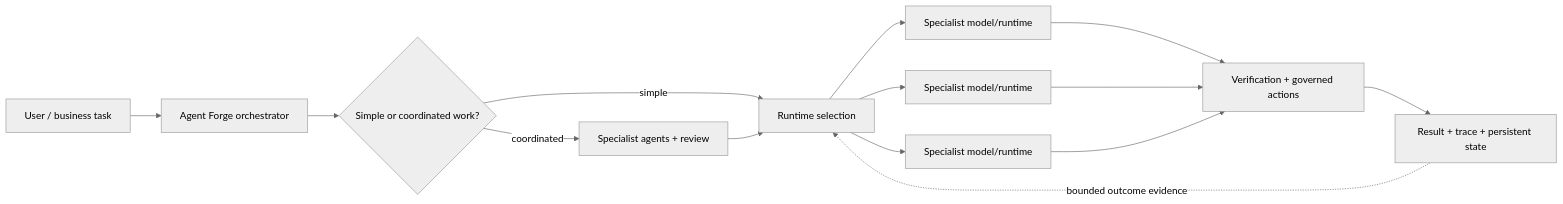
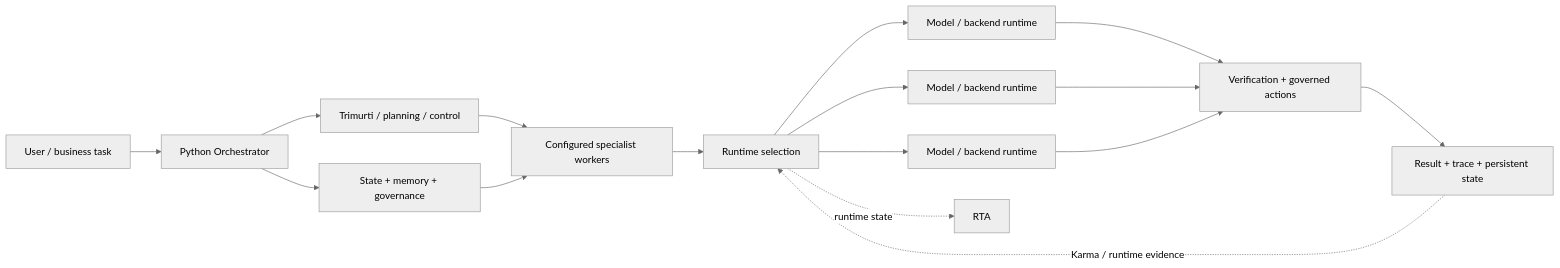
One commit to Prashant10009/agent-forge-showcase changed the diagram in README.md. Above: the diagram before and after it, drawn with Mermaid (neutral theme). The commit also changed other lines of this file, not shown here.

````diff
--- a/README.md
+++ b/README.md
@@ -38,16 +40,18 @@
 ```mermaid
 flowchart LR
-  U["User / business task"] --> O["Agent Forge orchestrator"]
-  O --> C{"Simple or coordinated work?"}
-  C -- "simple" --> R["Runtime selection"]
-  C -- "coordinated" --> A["Specialist agents + review"]
-  A --> R
-  R --> M1["Specialist model/runtime"]
-  R --> M2["Specialist model/runtime"]
-  R --> M3["Specialist model/runtime"]
+  U["User / business task"] --> O["Python Orchestrator"]
+  O --> T["Trimurti / planning / control"]
+  O --> S["State + memory + governance"]
+  T --> W["Configured specialist workers"]
+  S --> W
+  W --> R["Runtime selection"]
+  R --> M1["Model / backend runtime"]
+  R --> M2["Model / backend runtime"]
+  R --> M3["Model / backend runtime"]
   M1 --> V["Verification + governed actions"]
   M2 --> V
   M3 --> V
   V --> X["Result + trace + persistent state"]
-  X -. "bounded outcome evidence" .-> R
+  X -. "Karma / runtime evidence" .-> R
+  R -. "runtime state" .-> Q["RTA"]
 ```
````
